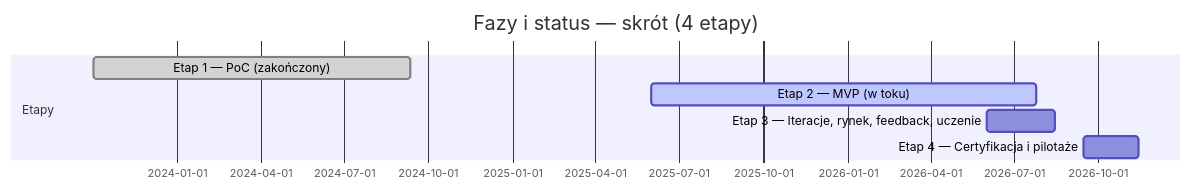
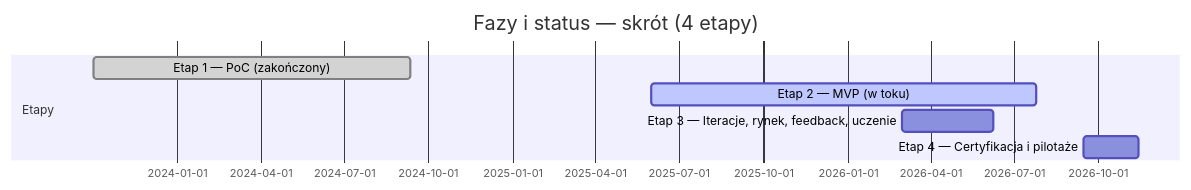
The first of 3 diagrams in README.md (TanskiSzymon/food-printer), drawn with Mermaid before and after one commit.

````diff
--- a/README.md
+++ b/README.md
@@ -24,10 +24,10 @@
 ```mermaid
 gantt
   title Fazy i status — skrót (4 etapy)
   dateFormat YYYY-MM-DD
   section Etapy
   Etap 1 — PoC (zakończony)                    :done,    poc1, 2023-10-02, 2024-09-11
   Etap 2 — MVP (w toku)                        :active,  mvp2, 2025-06-01, 420d
-  Etap 3 — Iteracje, rynek, feedback, uczenie  :         it3,  2026-06-01, 75d
+  Etap 3 — Iteracje, rynek, feedback, uczenie  :         it3,  2026-03-01, 100d
   Etap 4 — Certyfikacja i pilotaże             :         cer4, 2026-09-15, 60d
 ```
````
